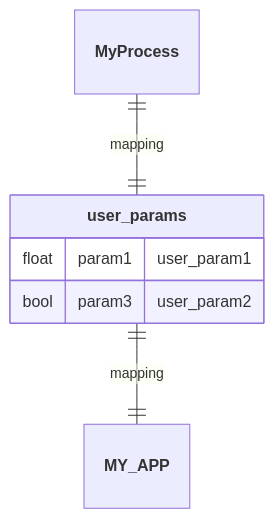
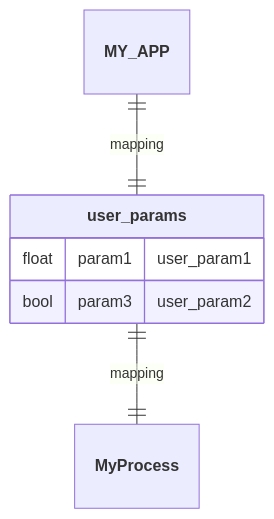
The sixth of 13 diagrams in README.md (nuremics/nuremics), drawn with Mermaid before and after one commit. The commit also changed other lines of this file, not shown here.

````diff
--- a/README.md
+++ b/README.md
@@ -200,10 +200,10 @@
 ```mermaid
 erDiagram
-  **MyProcess** ||--|| **user_params** : mapping
-  **user_params** ||--|| **MY_APP** : mapping
+  **MY_APP** ||--|| **user_params** : mapping
+  **user_params** ||--|| **MyProcess** : mapping
 
   **user_params** {
     float param1 "user_param1"
     bool param3 "user_param2"
   }
 ```
````
